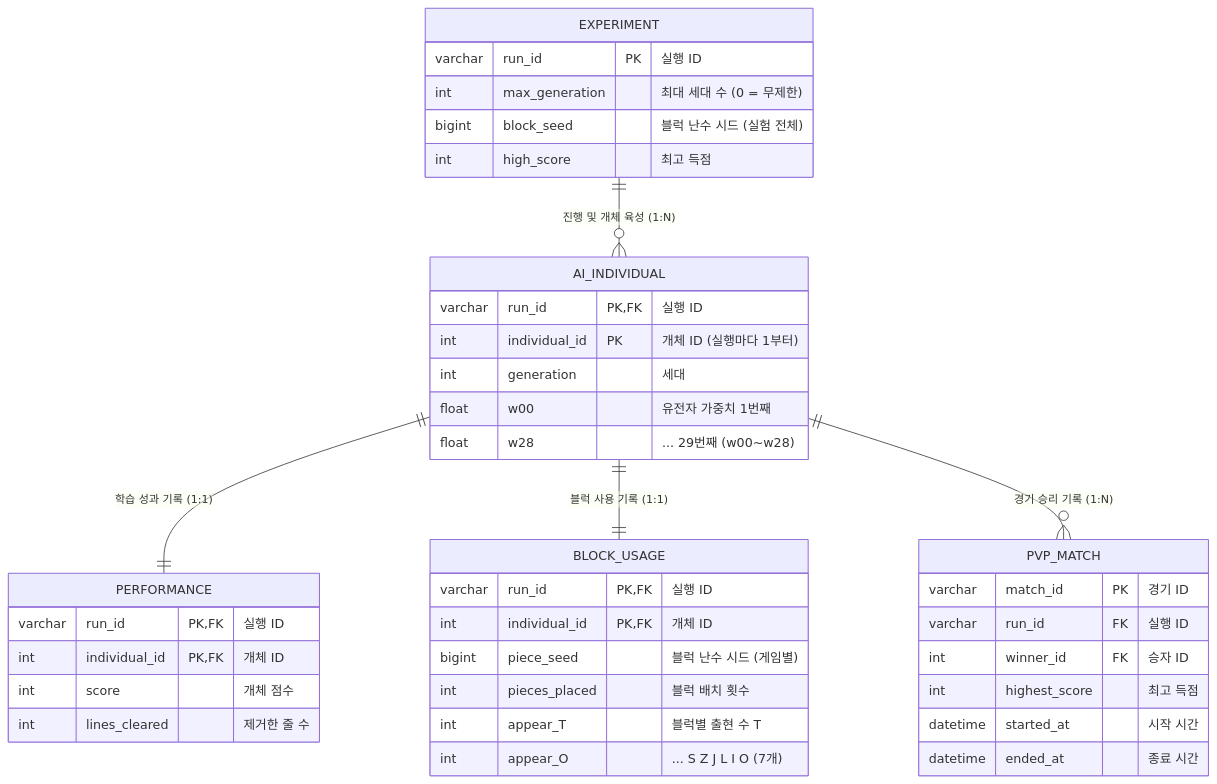
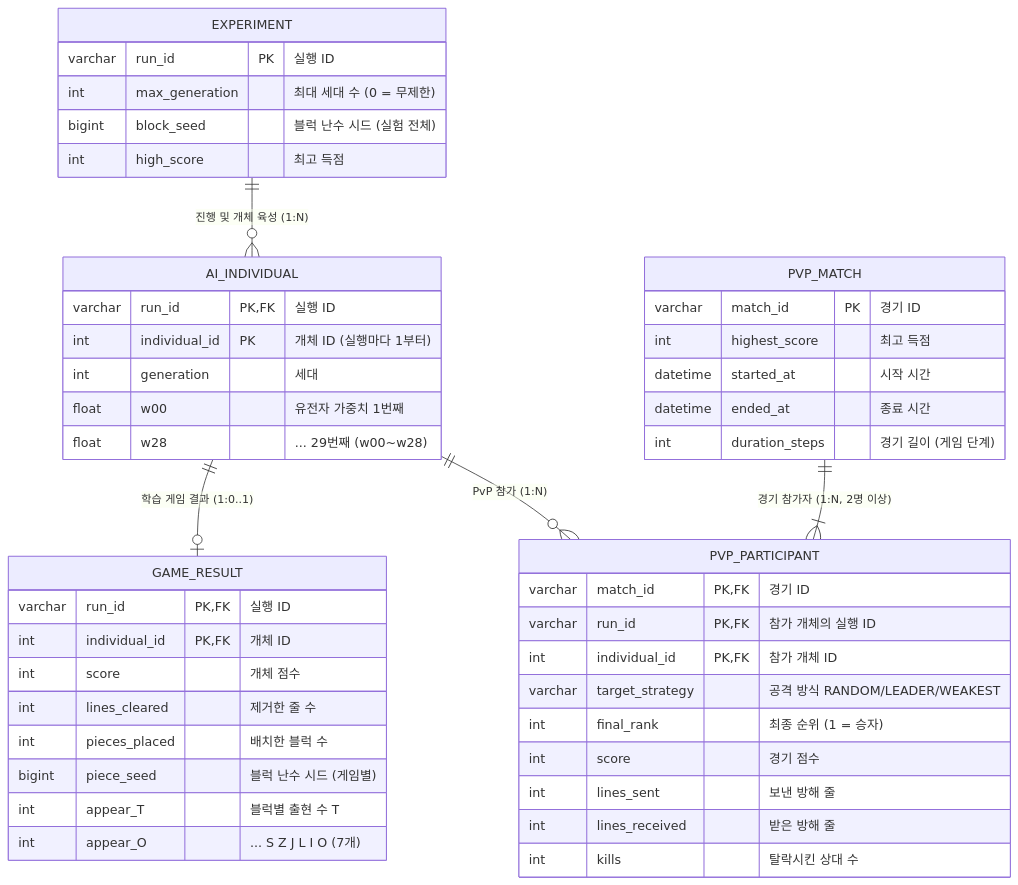
One commit to JsonParc/DataBase_GeneTETRIS changed the diagram in README.md. Above: the diagram before and after it, drawn with Mermaid. The commit also changed other lines of this file, not shown here.

````diff
--- a/README.md
+++ b/README.md
@@ -514,43 +514,49 @@
 ```mermaid
 erDiagram
-    EXPERIMENT    ||--o{ AI_INDIVIDUAL : "진행 및 개체 육성 (1:N)"
-    AI_INDIVIDUAL ||--|| PERFORMANCE   : "학습 성과 기록 (1:1)"
-    AI_INDIVIDUAL ||--|| BLOCK_USAGE   : "블럭 사용 기록 (1:1)"
-    AI_INDIVIDUAL ||--o{ PVP_MATCH     : "경기 승리 기록 (1:N)"
+    EXPERIMENT      ||--o{ AI_INDIVIDUAL   : "진행 및 개체 육성 (1:N)"
+    AI_INDIVIDUAL   ||--o| GAME_RESULT     : "학습 게임 결과 (1:0..1)"
+    AI_INDIVIDUAL   ||--o{ PVP_PARTICIPANT : "PvP 참가 (1:N)"
+    PVP_MATCH       ||--|{ PVP_PARTICIPANT : "경기 참가자 (1:N, 2명 이상)"
 
     EXPERIMENT {
-        varchar run_id         PK "실행 ID"
-        int     max_generation    "최대 세대 수 (0 = 무제한)"
-        bigint  block_seed        "블럭 난수 시드 (실험 전체)"
-        int     high_score        "최고 득점"
+        varchar run_id          PK "실행 ID"
+        int     max_generation     "최대 세대 수 (0 = 무제한)"
+        bigint  block_seed         "블럭 난수 시드 (실험 전체)"
+        int     high_score         "최고 득점"
     }
     AI_INDIVIDUAL {
-        varchar run_id         PK, FK "실행 ID"
-        int     individual_id  PK     "개체 ID (실행마다 1부터)"
-        int     generation            "세대"
-        float   w00                   "유전자 가중치 1번째"
-        float   w28                   "... 29번째 (w00~w28)"
+        varchar run_id          PK, FK "실행 ID"
+        int     individual_id   PK     "개체 ID (실행마다 1부터)"
+        int     generation             "세대"
+        float   w00                    "유전자 가중치 1번째"
+        float   w28                    "... 29번째 (w00~w28)"
     }
-    PERFORMANCE {
-        varchar run_id         PK, FK "실행 ID"
-        int     individual_id  PK, FK "개체 ID"
-        int     score                 "개체 점수"
-        int     lines_cleared         "제거한 줄 수"
-    }
-    BLOCK_USAGE {
-        varchar run_id         PK, FK "실행 ID"
-        int     individual_id  PK, FK "개체 ID"
-        bigint  piece_seed            "블럭 난수 시드 (게임별)"
-        int     pieces_placed         "블럭 배치 횟수"
-        int     appear_T              "블럭별 출현 수 T"
-        int     appear_O              "... S Z J L I O (7개)"
+    GAME_RESULT {
+        varchar run_id          PK, FK "실행 ID"
+        int     individual_id   PK, FK "개체 ID"
+        int     score                  "개체 점수"
+        int     lines_cleared          "제거한 줄 수"
+        int     pieces_placed          "배치한 블럭 수"
+        bigint  piece_seed             "블럭 난수 시드 (게임별)"
+        int     appear_T               "블럭별 출현 수 T"
+        int     appear_O               "... S Z J L I O (7개)"
     }
     PVP_MATCH {
-        varchar  match_id      PK "경기 ID"
-        varchar  run_id        FK "실행 ID"
-        int      winner_id     FK "승자 ID"
-        int      highest_score    "최고 득점"
-        datetime started_at       "시작 시간"
-        datetime ended_at         "종료 시간"
+        varchar  match_id       PK "경기 ID"
+        int      highest_score     "최고 득점"
+        datetime started_at        "시작 시간"
+        datetime ended_at          "종료 시간"
+        int      duration_steps    "경기 길이 (게임 단계)"
+    }
+    PVP_PARTICIPANT {
+        varchar match_id        PK, FK "경기 ID"
+        varchar run_id          PK, FK "참가 개체의 실행 ID"
+        int     individual_id   PK, FK "참가 개체 ID"
+        varchar target_strategy        "공격 방식 RANDOM/LEADER/WEAKEST"
+        int     final_rank             "최종 순위 (1 = 승자)"
+        int     score                  "경기 점수"
+        int     lines_sent             "보낸 방해 줄"
+        int     lines_received         "받은 방해 줄"
+        int     kills                  "탈락시킨 상대 수"
     }
 ```
````
